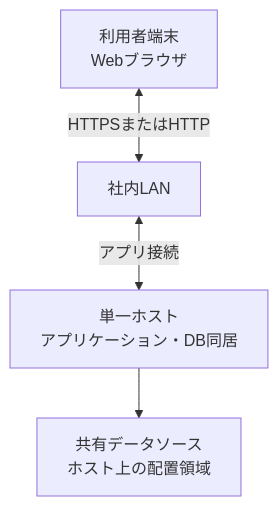
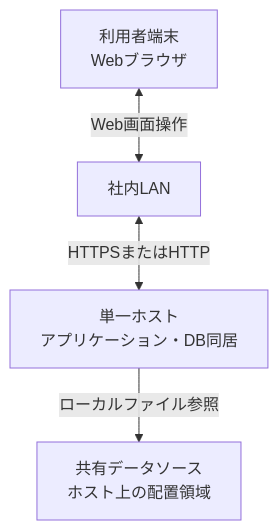
One commit to mincsys/D-Concierge changed the diagram in docs/02_外部設計/01_システム構成/ハードウェア構成.md. Above: the diagram before and after it, drawn with Mermaid. The commit also changed other lines of this file and 136 other files, not shown here.

````diff
--- a/docs/02_外部設計/01_システム構成/ハードウェア構成.md
+++ b/docs/02_外部設計/01_システム構成/ハードウェア構成.md
@@ -17,11 +17,11 @@
 ```mermaid
 flowchart TB
     terminal["利用者端末<br>Webブラウザ"]
     lan["社内LAN"]
     server["単一ホスト<br>アプリケーション・DB同居"]
     source["共有データソース<br>ホスト上の配置領域"]
 
-    terminal <-->|HTTPSまたはHTTP| lan
-    lan <-->|アプリ接続| server
-    server --> source
+    terminal <-->|Web画面操作| lan
+    lan <-->|HTTPSまたはHTTP| server
+    server -->|ローカルファイル参照| source
 ```
````
